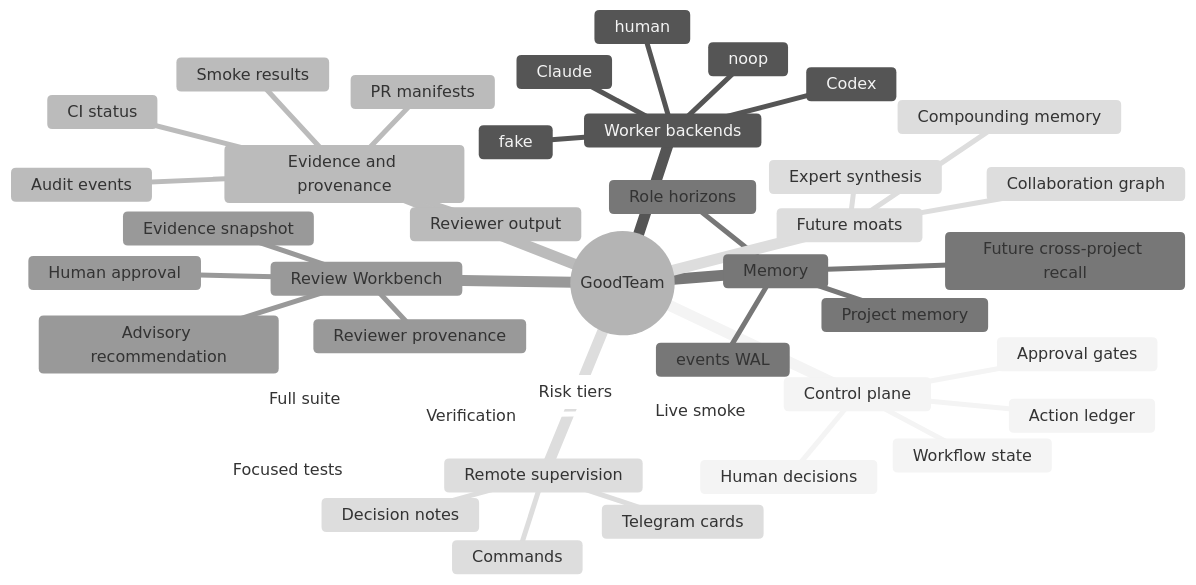
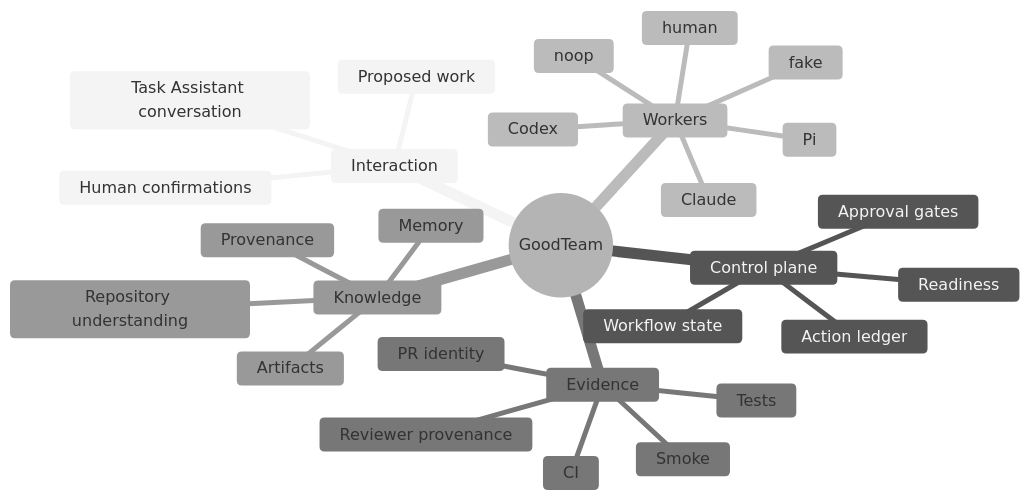
Before and after one commit to LukeJiaoR/GoodTeam: the second of 3 diagrams in docs/explainer.md, drawn with Mermaid (neutral theme). The commit also changed other lines of this file, not shown here.

Commit message:
docs: refresh explainer for Task Assistant workflow

````diff
--- a/docs/explainer.md
+++ b/docs/explainer.md
@@ -40,44 +82,31 @@
 ```mermaid
 mindmap
   root((GoodTeam))
+    Interaction
+      Task Assistant conversation
+      Proposed work
+      Human confirmations
     Control plane
+      Readiness
       Workflow state
       Approval gates
       Action ledger
-      Human decisions
-    Worker backends
+    Workers
       Codex
       Claude
+      Pi
       fake
       human
       noop
-    Evidence and provenance
-      CI status
-      Smoke results
-      Reviewer output
-      PR manifests
-      Audit events
-    Memory
-      events WAL
-      Role horizons
-      Project memory
-      Future cross-project recall
-    Review Workbench
-      Evidence snapshot
+    Evidence
+      Tests
+      CI
+      Smoke
       Reviewer provenance
-      Advisory recommendation
-      Human approval
-    Remote supervision
-      Telegram cards
-      Commands
-      Decision notes
-    Verification
-      Focused tests
-      Full suite
-      Live smoke
-      Risk tiers
-    Future moats
-      Collaboration graph
-      Compounding memory
-      Expert synthesis
+      PR identity
+    Knowledge
+      Repository understanding
+      Artifacts
+      Memory
+      Provenance
 ```
````
